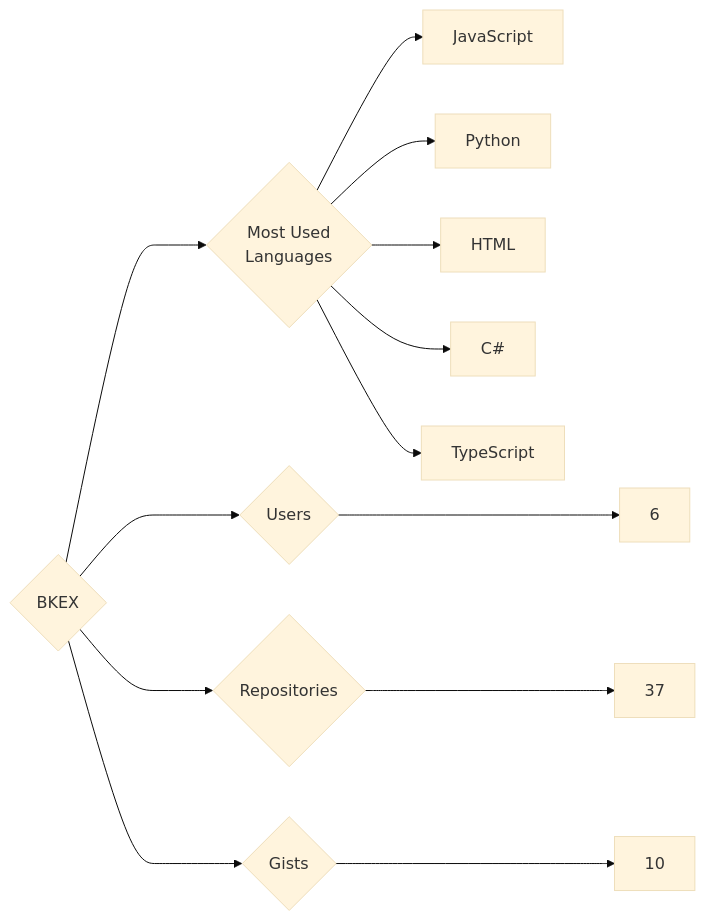
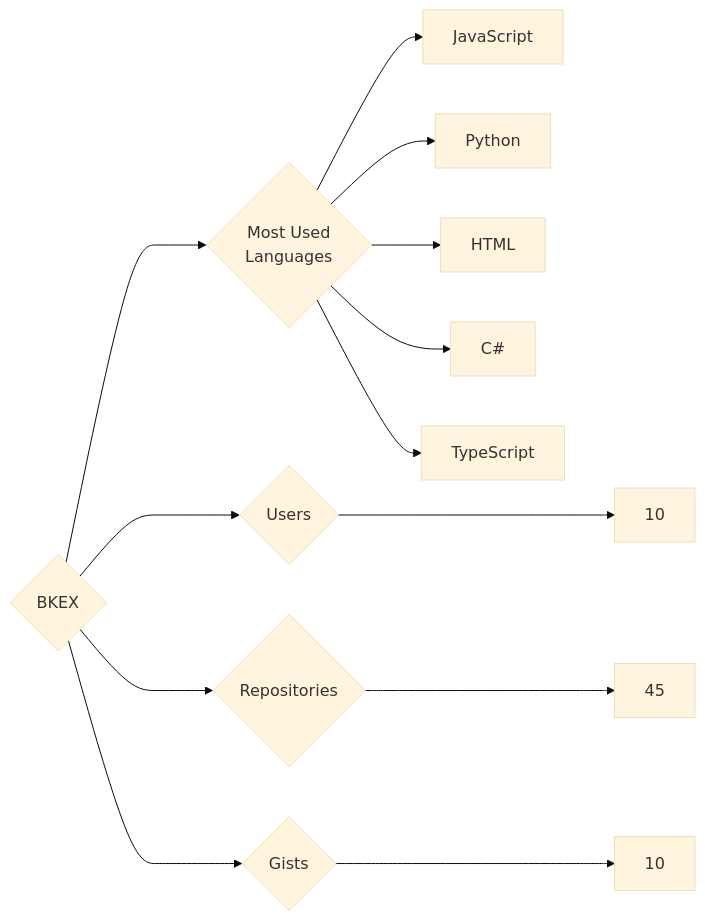
The diagram in targets/BKEX/README.md (trickest/insiders), drawn with Mermaid (base theme) before and after one commit. The commit also changed 1123 other files, not shown here.

````diff
--- a/targets/BKEX/README.md
+++ b/targets/BKEX/README.md
@@ -3,13 +3,13 @@
 ```mermaid
 graph LR
 COMPANY_NAME{BKEX}
-COMPANY_NAME ---> U{Users} ---> UN[6]
-COMPANY_NAME ---> R{Repositories} ---> RN[37]
+COMPANY_NAME ---> U{Users} ---> UN[10]
+COMPANY_NAME ---> R{Repositories} ---> RN[45]
 COMPANY_NAME ---> G{Gists} ---> GN[10]
 COMPANY_NAME ---> ML{Most Used<br>Languages}
 ML --> JavaScript[JavaScript]
 ML --> Python[Python]
 ML --> HTML[HTML]
 ML --> C#[C#]
 ML --> TypeScript[TypeScript]
 ```
````
